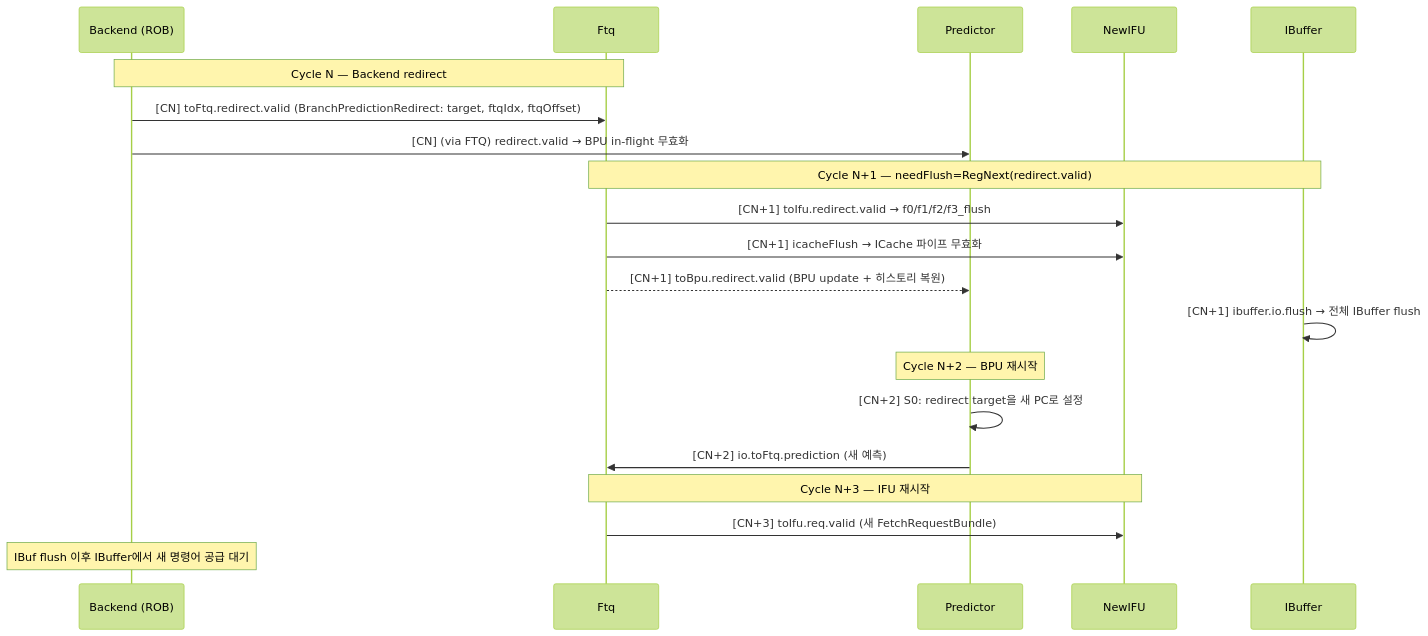
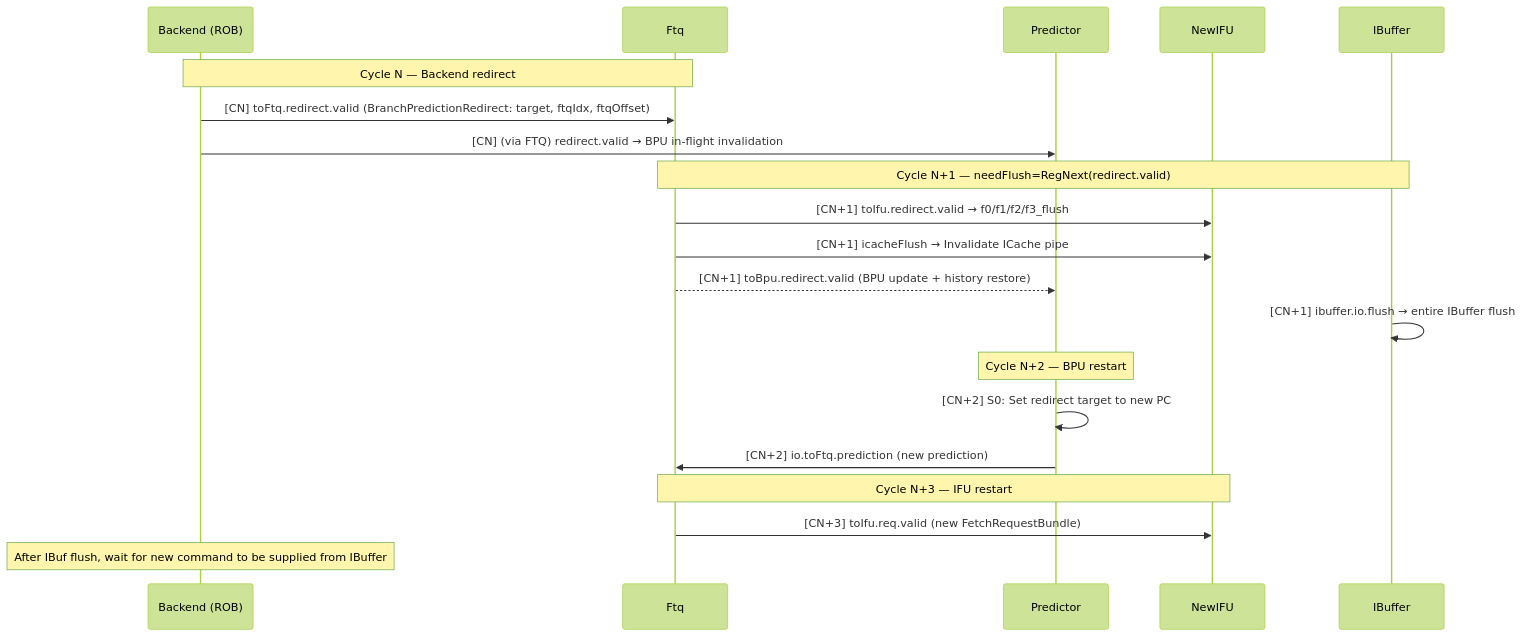
The fifth of 7 diagrams in src/main/scala/xiangshan/frontend/doc/frontend_in_out_seq_diagram.md (cinkeun/CPU_XS_02172026), drawn with Mermaid (forest theme) before and after one commit. The commit also changed other lines of this file and 15 other files, not shown here.

````diff
--- a/src/main/scala/xiangshan/frontend/doc/frontend_in_out_seq_diagram.md
+++ b/src/main/scala/xiangshan/frontend/doc/frontend_in_out_seq_diagram.md
@@ -258,27 +258,27 @@
 ```mermaid
 sequenceDiagram
   participant BE  as Backend (ROB)
   participant FTQ as Ftq
   participant BPU as Predictor
   participant IFU as NewIFU
   participant IBuf as IBuffer
 
   Note over BE,FTQ: Cycle N — Backend redirect
   BE->>FTQ: [CN] toFtq.redirect.valid (BranchPredictionRedirect: target, ftqIdx, ftqOffset)
-  BE->>BPU: [CN] (via FTQ) redirect.valid → BPU in-flight 무효화
+BE->>BPU: [CN] (via FTQ) redirect.valid → BPU in-flight invalidation
 
   Note over FTQ,IBuf: Cycle N+1 — needFlush=RegNext(redirect.valid)
   FTQ->>IFU: [CN+1] toIfu.redirect.valid → f0/f1/f2/f3_flush
-  FTQ->>IFU: [CN+1] icacheFlush → ICache 파이프 무효화
-  FTQ-->>BPU: [CN+1] toBpu.redirect.valid (BPU update + 히스토리 복원)
-  IBuf->>IBuf: [CN+1] ibuffer.io.flush → 전체 IBuffer flush
+FTQ->>IFU: [CN+1] icacheFlush → Invalidate ICache pipe
+FTQ-->>BPU: [CN+1] toBpu.redirect.valid (BPU update + history restore)
+IBuf->>IBuf: [CN+1] ibuffer.io.flush → entire IBuffer flush
 
-  Note over BPU: Cycle N+2 — BPU 재시작
-  BPU->>BPU: [CN+2] S0: redirect target을 새 PC로 설정
-  BPU->>FTQ: [CN+2] io.toFtq.prediction (새 예측)
+Note over BPU: Cycle N+2 — BPU restart
+BPU->>BPU: [CN+2] S0: Set redirect target to new PC
+BPU->>FTQ: [CN+2] io.toFtq.prediction (new prediction)
 
-  Note over FTQ,IFU: Cycle N+3 — IFU 재시작
-  FTQ->>IFU: [CN+3] toIfu.req.valid (새 FetchRequestBundle)
+Note over FTQ,IFU: Cycle N+3 — IFU restart
+FTQ->>IFU: [CN+3] toIfu.req.valid (new FetchRequestBundle)
 
-  Note over BE: IBuf flush 이후 IBuffer에서 새 명령어 공급 대기
+Note over BE: After IBuf flush, wait for new command to be supplied from IBuffer
 ```
````
